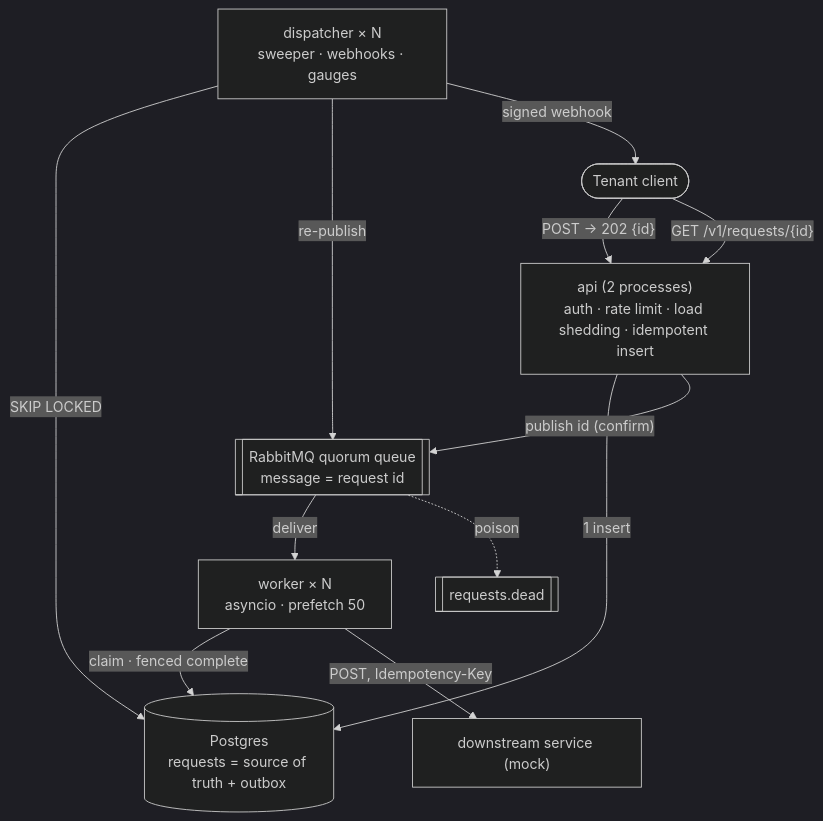
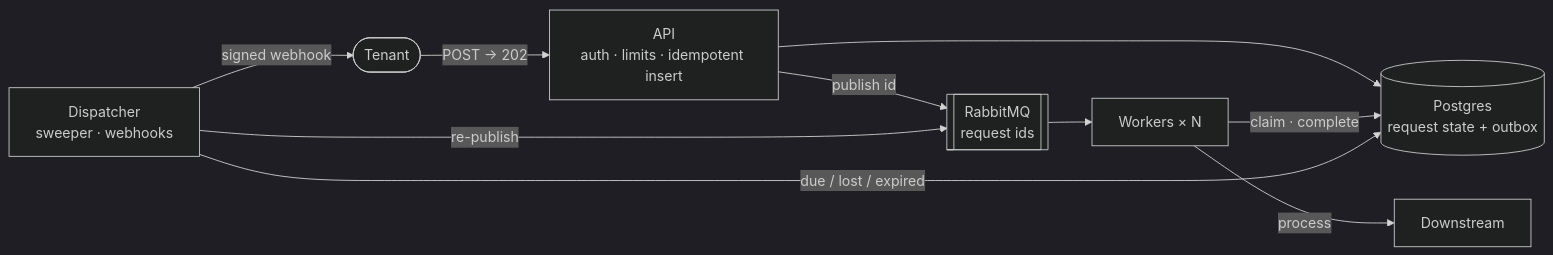
Before and after one commit to gavrilovdm/chekin-request-pipeline: the first of 2 diagrams in README.md, drawn with Mermaid (dark theme). The commit also changed other lines of this file and 3 other files, not shown here.

````diff
--- a/README.md
+++ b/README.md
@@ -50,22 +56,19 @@
 ```mermaid
-flowchart TB
-  client(["Tenant client"])
-  api["api (2 processes)<br/>auth · rate limit · load shedding · idempotent insert"]
-  pg[("Postgres<br/>requests = source of truth + outbox")]
-  mq[["RabbitMQ quorum queue<br/>message = request id"]]
-  dlq[["requests.dead"]]
-  w["worker × N<br/>asyncio · prefetch 50"]
-  ds["downstream service (mock)"]
-  d["dispatcher × N<br/>sweeper · webhooks · gauges"]
-  client -->|"POST → 202 {id}"| api
-  client -->|"GET /v1/requests/{id}"| api
-  api -->|"1 insert"| pg
-  api -->|"publish id (confirm)"| mq
-  mq -->|deliver| w
-  mq -.->|poison| dlq
-  w -->|"claim · fenced complete"| pg
-  w -->|"POST, Idempotency-Key"| ds
-  d -->|"SKIP LOCKED"| pg
-  d -->|"re-publish"| mq
-  d -->|"signed webhook"| client
+flowchart LR
+  client(["Tenant"])
+  api["API<br/>auth · limits · idempotent insert"]
+  pg[("Postgres<br/>request state + outbox")]
+  mq[["RabbitMQ<br/>request ids"]]
+  w["Workers × N"]
+  ds["Downstream"]
+  d["Dispatcher<br/>sweeper · webhooks"]
+  client -->|"POST → 202"| api
+  api --> pg
+  api -->|publish id| mq
+  mq --> w
+  w -->|"claim · complete"| pg
+  w -->|process| ds
+  d -->|"due / lost / expired"| pg
+  d -->|re-publish| mq
+  d -->|signed webhook| client
 ```
````
